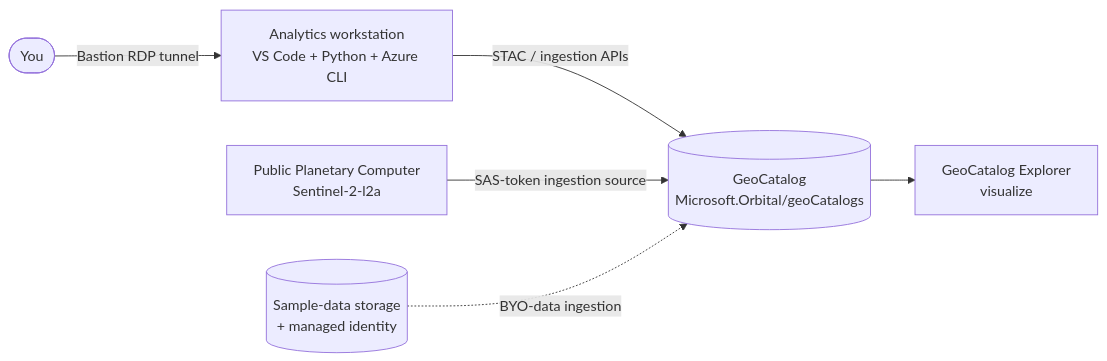
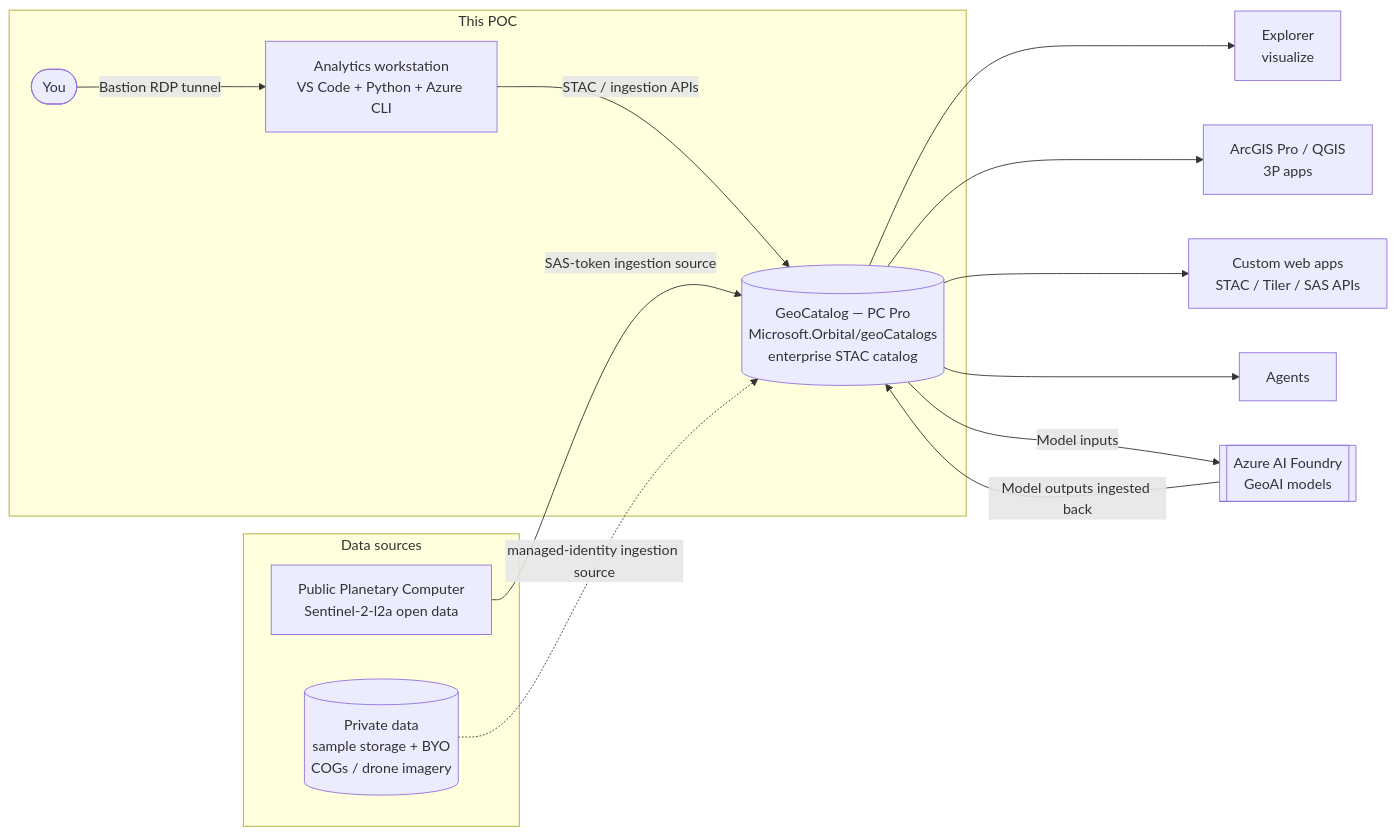
Before and after one commit to Balunywa/planetary-computer-pro-poc: the diagram in README.md, drawn with Mermaid. The commit also changed other lines of this file and 5 other files, not shown here.

````diff
--- a/README.md
+++ b/README.md
@@ -34,8 +38,24 @@
 ```mermaid
 flowchart LR
-  user([You]) -->|Bastion RDP tunnel| ws[Analytics workstation<br/>VS Code + Python + Azure CLI]
-  ws -->|STAC / ingestion APIs| gc[(GeoCatalog<br/>Microsoft.Orbital/geoCatalogs)]
-  pc[Public Planetary Computer<br/>Sentinel-2-l2a] -->|SAS-token ingestion source| gc
-  gc --> exp[GeoCatalog Explorer<br/>visualize]
-  store[(Sample-data storage<br/>+ managed identity)] -. BYO-data ingestion .-> gc
+  subgraph sources[Data sources]
+    pc[Public Planetary Computer<br/>Sentinel-2-l2a open data]
+    store[(Private data<br/>sample storage + BYO<br/>COGs / drone imagery)]
+  end
+
+  subgraph poc[This POC]
+    user([You]) -->|Bastion RDP tunnel| ws[Analytics workstation<br/>VS Code + Python + Azure CLI]
+    gc[(GeoCatalog — PC Pro<br/>Microsoft.Orbital/geoCatalogs<br/>enterprise STAC catalog)]
+  end
+
+  ws -->|STAC / ingestion APIs| gc
+  pc -->|SAS-token ingestion source| gc
+  store -. managed-identity ingestion source .-> gc
+
+  gc --> exp[Explorer<br/>visualize]
+  gc --> gis[ArcGIS Pro / QGIS<br/>3P apps]
+  gc --> app[Custom web apps<br/>STAC / Tiler / SAS APIs]
+  gc --> agents[Agents]
+
+  gc -->|Model inputs| foundry[[Azure AI Foundry<br/>GeoAI models]]
+  foundry -->|Model outputs ingested back| gc
 ```
````
